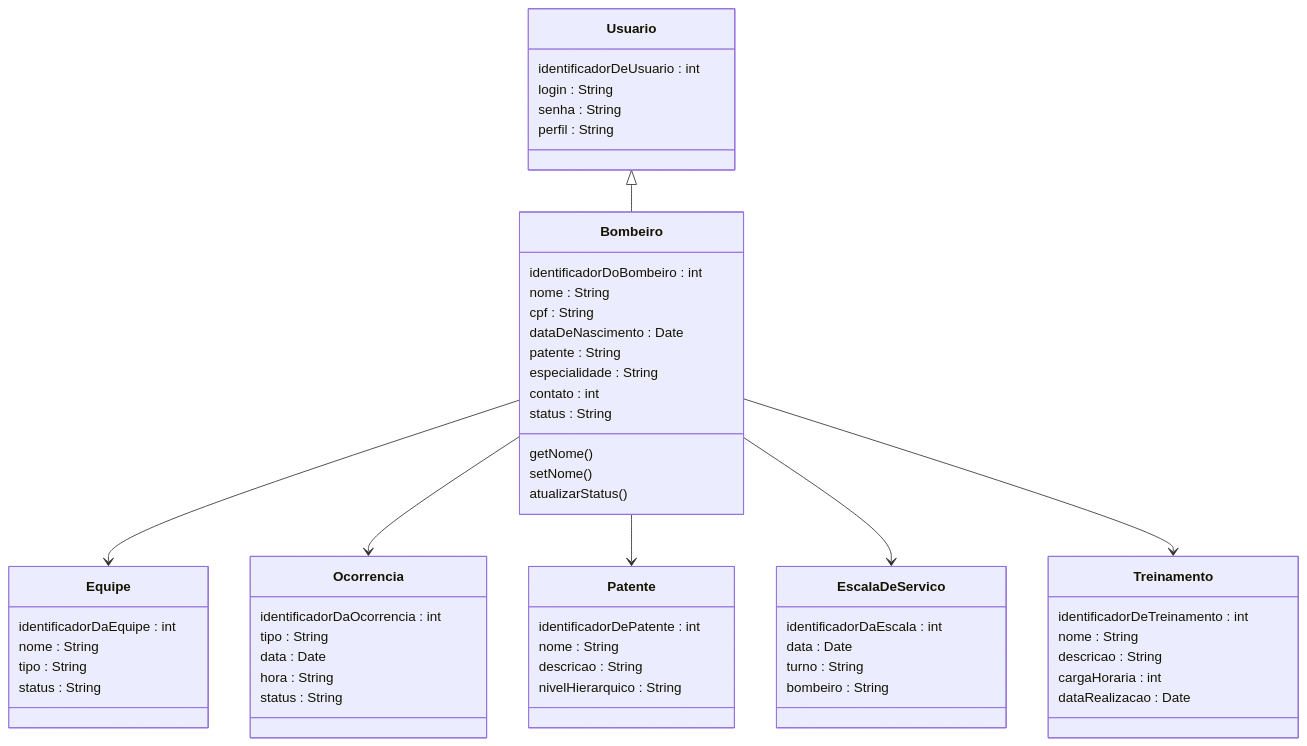
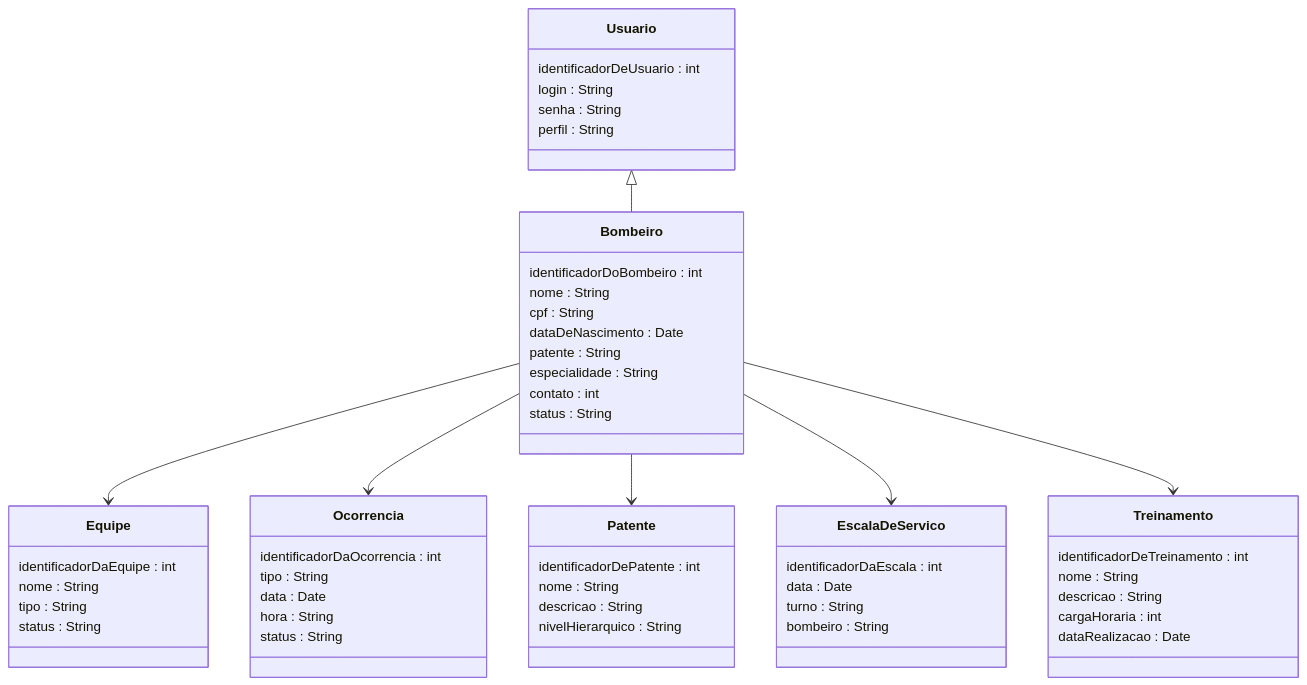
One commit to ViniciusOdorizziHoppe/PRO1-Tarefa changed the diagram in README.md. Above: the diagram before and after it, drawn with Mermaid.

````diff
--- a/README.md
+++ b/README.md
@@ -3,69 +3,67 @@
 ```mermaid
 classDiagram
     class Usuario {
         identificadorDeUsuario : int
         login : String
         senha : String
         perfil : String
     }
 
     class Bombeiro {
         identificadorDoBombeiro : int
         nome : String
         cpf : String
         dataDeNascimento : Date
         patente : String
         especialidade : String
         contato : int
         status : String
 
-        getNome()
-        setNome()
-        atualizarStatus()
+      
     }
 
     class Equipe {
         identificadorDaEquipe : int
         nome : String
         tipo : String
         status : String
     }
 
     class Ocorrencia {
         identificadorDaOcorrencia : int
         tipo : String
         data : Date
         hora : String
         status : String
     }
 
     class Patente {
         identificadorDePatente : int
         nome : String
         descricao : String
         nivelHierarquico : String
     }
 
     class EscalaDeServico {
         identificadorDaEscala : int
         data : Date
         turno : String
         bombeiro : String
     }
 
     class Treinamento {
         identificadorDeTreinamento : int
         nome : String
         descricao : String
         cargaHoraria : int
         dataRealizacao : Date
     }
 
     Usuario <|-- Bombeiro
 
     Bombeiro --> Equipe
     Bombeiro --> Ocorrencia
     Bombeiro --> Patente
     Bombeiro --> EscalaDeServico
     Bombeiro --> Treinamento
 ```
````
